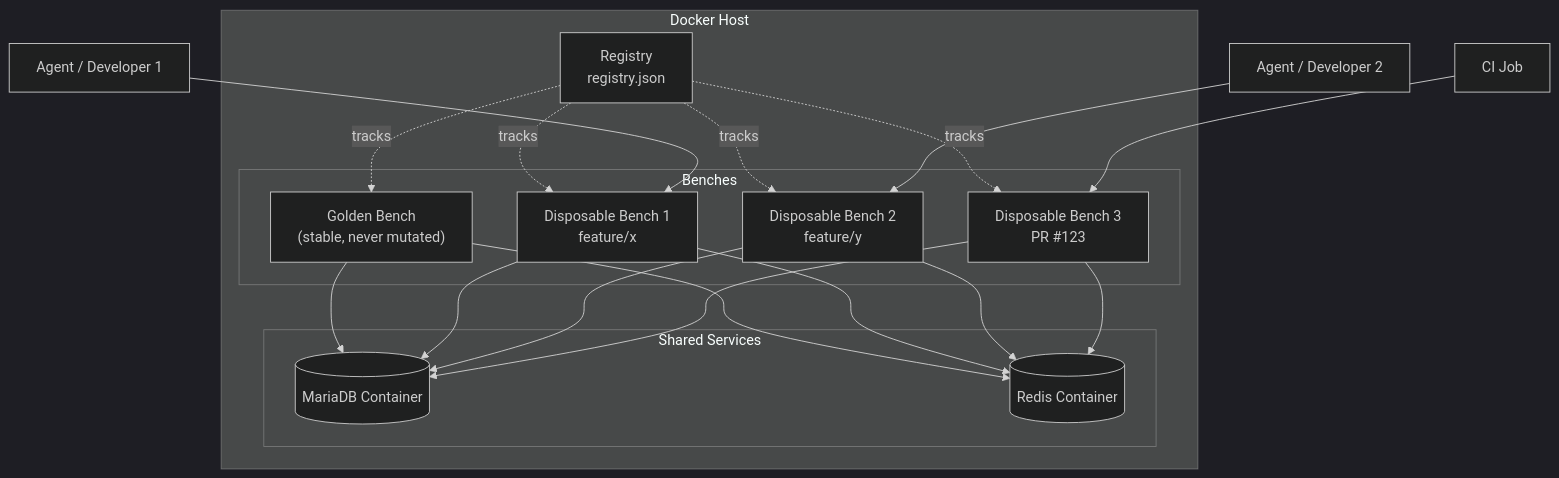
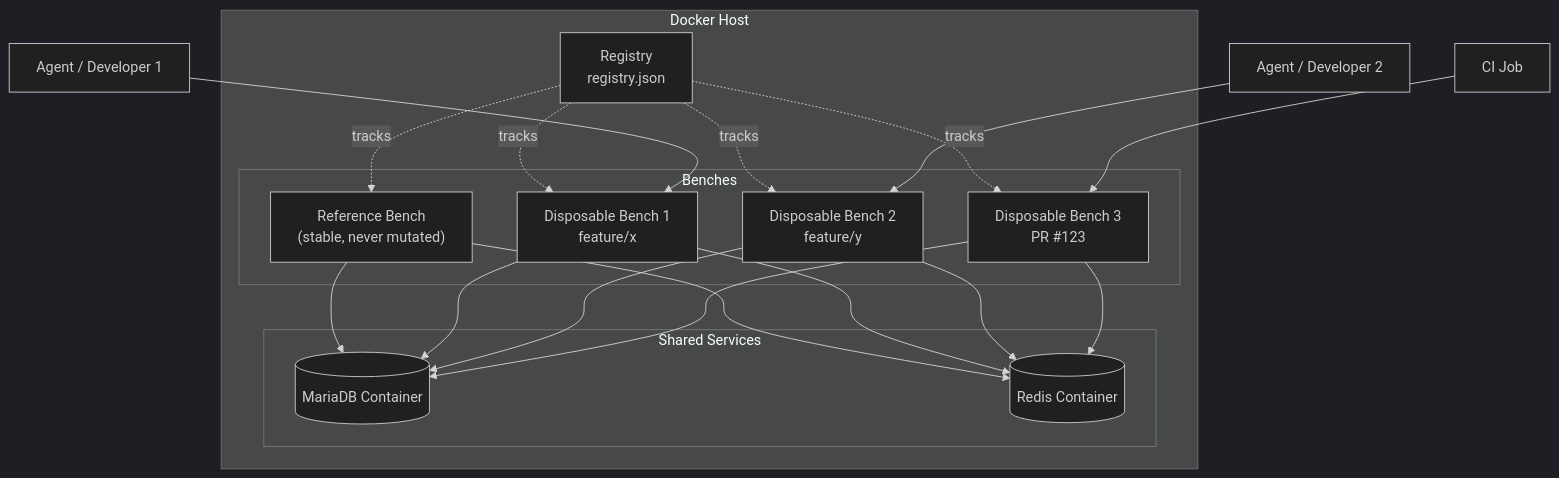
Before and after one commit to esafwan/frappe-multihand: the first of 2 diagrams in docs/architecture.md, drawn with Mermaid (dark theme). The commit also changed other lines of this file and 6 other files, not shown here.

First line of the commit message:
refactor: replace 'golden bench' with 'reference bench' and emphasize agentic parallel development

````diff
--- a/docs/architecture.md
+++ b/docs/architecture.md
@@ -7,36 +7,36 @@
 ```mermaid
 flowchart TB
     subgraph Host["Docker Host"]
         subgraph Shared["Shared Services"]
             MariaDB[(MariaDB Container)]
             Redis[(Redis Container)]
         end
 
         subgraph Benches["Benches"]
-            Golden["Golden Bench<br/>(stable, never mutated)"]
+            Reference["Reference Bench<br/>(stable, never mutated)"]
             D1["Disposable Bench 1<br/>feature/x"]
             D2["Disposable Bench 2<br/>feature/y"]
             D3["Disposable Bench 3<br/>PR #123"]
         end
 
         Registry["Registry<br/>registry.json"]
 
-        Golden --> MariaDB
-        Golden --> Redis
+        Reference --> MariaDB
+        Reference --> Redis
         D1 --> MariaDB
         D1 --> Redis
         D2 --> MariaDB
         D2 --> Redis
         D3 --> MariaDB
         D3 --> Redis
 
-        Registry -.tracks.-> Golden
+        Registry -.tracks.-> Reference
         Registry -.tracks.-> D1
         Registry -.tracks.-> D2
         Registry -.tracks.-> D3
     end
 
     Agent1["Agent / Developer 1"] --> D1
     Agent2["Agent / Developer 2"] --> D2
     Agent3["CI Job"] --> D3
 ```
````
